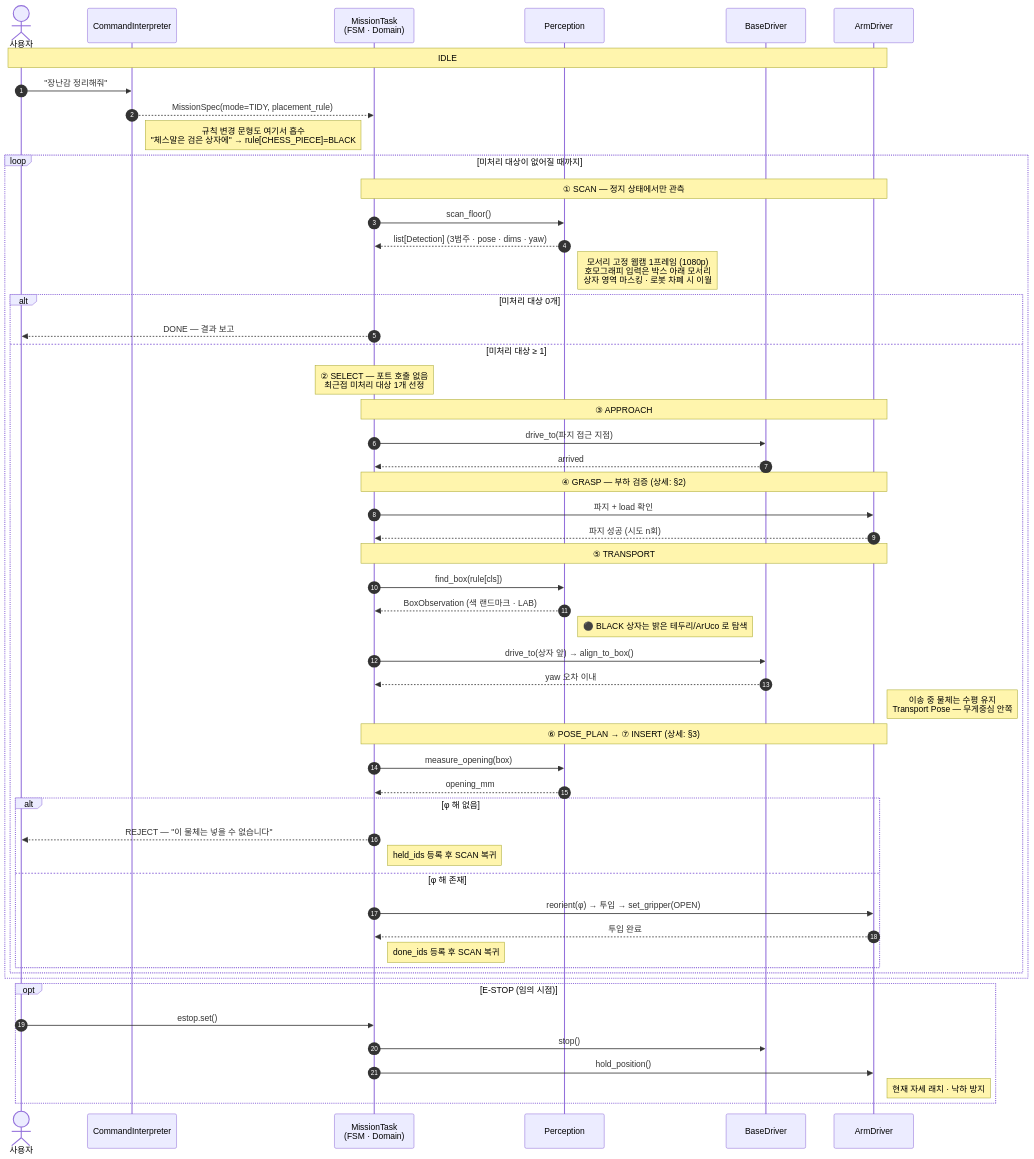
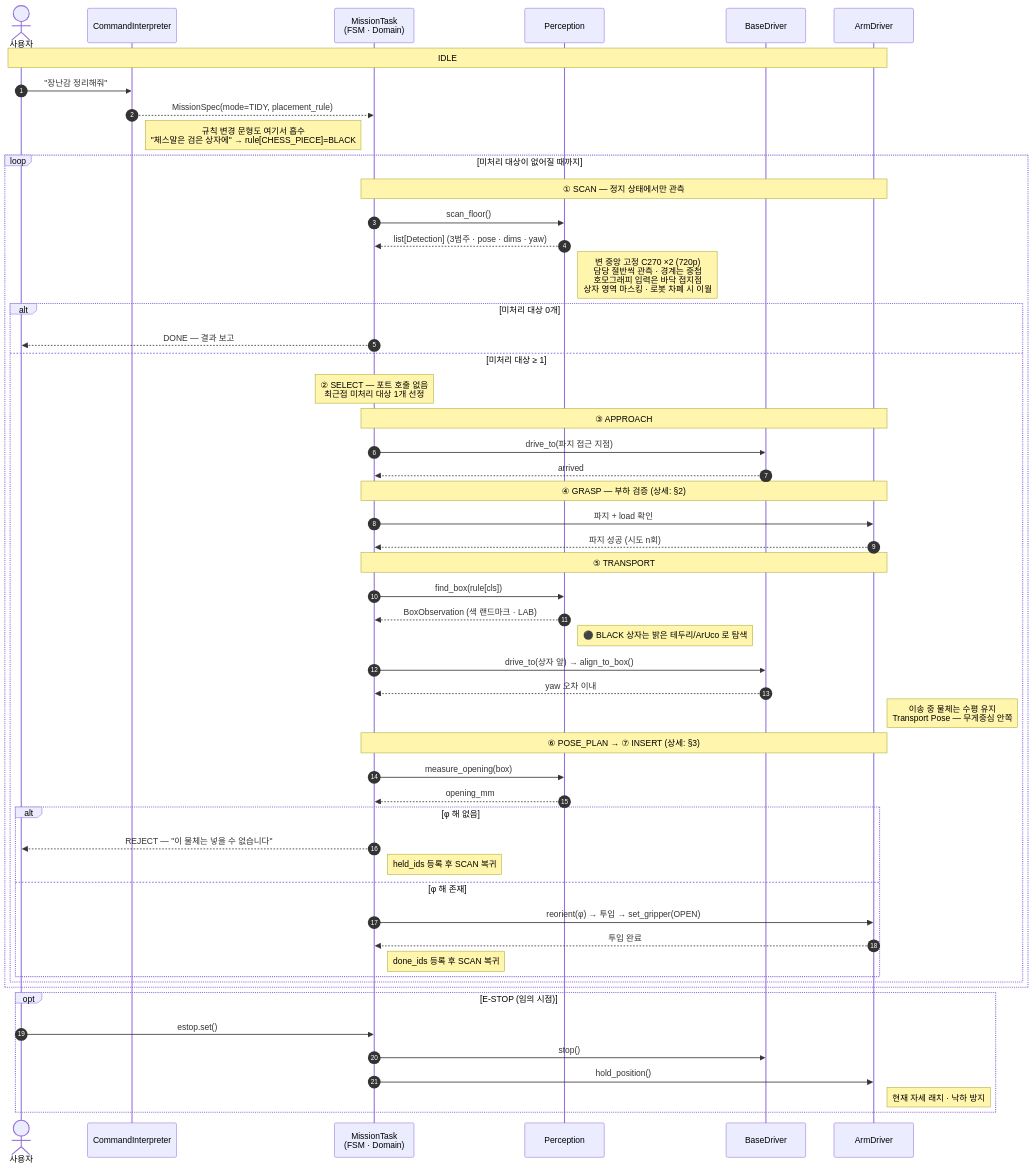
The first of 5 diagrams in docs/design/sequences.md (grippers-intel/grippers), drawn with Mermaid before and after one commit. The commit also changed 5 other files, not shown here.

````diff
--- a/docs/design/sequences.md
+++ b/docs/design/sequences.md
@@ -22,63 +22,63 @@
 ```mermaid
 sequenceDiagram
     autonumber
     actor OP as 사용자
     participant I as CommandInterpreter
     participant T as MissionTask<br/>(FSM · Domain)
     participant P as Perception
     participant B as BaseDriver
     participant A as ArmDriver
 
     Note over OP,A: IDLE
     OP->>I: "장난감 정리해줘"
     I-->>T: MissionSpec(mode=TIDY, placement_rule)
     Note right of I: 규칙 변경 문형도 여기서 흡수<br/>"체스말은 검은 상자에" → rule[CHESS_PIECE]=BLACK
 
     loop 미처리 대상이 없어질 때까지
         Note over T,A: ① SCAN — 정지 상태에서만 관측
         T->>P: scan_floor()
         P-->>T: list[Detection] (3범주 · pose · dims · yaw)
-        Note right of P: 모서리 고정 웹캠 1프레임 (1080p)<br/>호모그래피 입력은 박스 아래 모서리<br/>상자 영역 마스킹 · 로봇 차폐 시 이월
+        Note right of P: 변 중앙 고정 C270 ×2 (720p)<br/>담당 절반씩 관측 · 경계는 중첩<br/>호모그래피 입력은 바닥 접지점<br/>상자 영역 마스킹 · 로봇 차폐 시 이월
 
         alt 미처리 대상 0개
             T-->>OP: DONE — 결과 보고
         else 미처리 대상 ≥ 1
             Note over T: ② SELECT — 포트 호출 없음<br/>최근접 미처리 대상 1개 선정
 
             Note over T,A: ③ APPROACH
             T->>B: drive_to(파지 접근 지점)
             B-->>T: arrived
 
             Note over T,A: ④ GRASP — 부하 검증 (상세: §2)
             T->>A: 파지 + load 확인
             A-->>T: 파지 성공 (시도 n회)
 
             Note over T,A: ⑤ TRANSPORT
             T->>P: find_box(rule[cls])
             P-->>T: BoxObservation (색 랜드마크 · LAB)
         Note right of P: ⚫ BLACK 상자는 밝은 테두리/ArUco 로 탐색
             T->>B: drive_to(상자 앞) → align_to_box()
             B-->>T: yaw 오차 이내
             Note right of A: 이송 중 물체는 수평 유지<br/>Transport Pose — 무게중심 안쪽
 
             Note over T,A: ⑥ POSE_PLAN → ⑦ INSERT (상세: §3)
             T->>P: measure_opening(box)
             P-->>T: opening_mm
             alt φ 해 없음
                 T-->>OP: REJECT — "이 물체는 넣을 수 없습니다"
                 Note right of T: held_ids 등록 후 SCAN 복귀
             else φ 해 존재
                 T->>A: reorient(φ) → 투입 → set_gripper(OPEN)
                 A-->>T: 투입 완료
                 Note right of T: done_ids 등록 후 SCAN 복귀
             end
         end
     end
 
     opt E-STOP (임의 시점)
         OP->>T: estop.set()
         T->>B: stop()
         T->>A: hold_position()
         Note right of A: 현재 자세 래치 · 낙하 방지
     end
 ```
````
